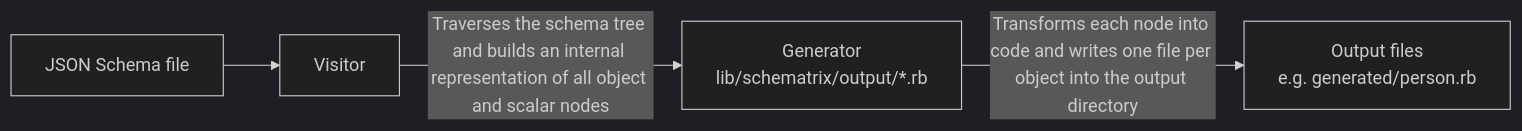
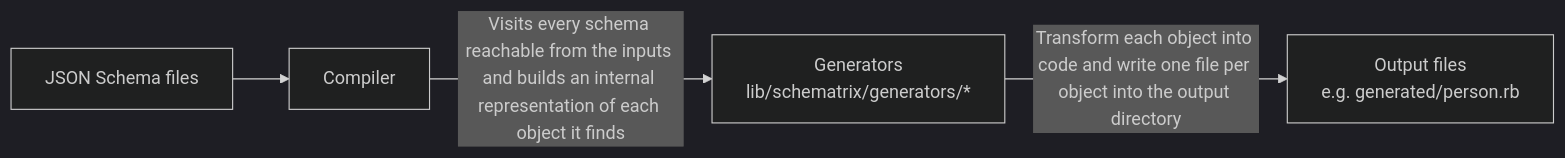
The diagram in README.md (cinzatech/schematrix), drawn with Mermaid (dark theme) before and after one commit. The commit also changed other lines of this file and 1 other file, not shown here.

````diff
--- a/README.md
+++ b/README.md
@@ -170,6 +170,6 @@
 ```mermaid
 flowchart LR
-    A[JSON Schema file] --> B["Visitor"]
-    B -- "Traverses the schema tree and builds an internal representation of all object and scalar nodes" --> C["Generator\nlib/schematrix/output/*.rb"]
-    C -- "Transforms each node into code and writes one file per object into the output directory" --> D["Output files\ne.g. generated/person.rb"]
+    A["JSON Schema files"] --> B["Compiler"]
+    B -- "Visits every schema reachable from the inputs and builds an internal representation of each object it finds" --> C["Generators\nlib/schematrix/generators/*"]
+    C -- "Transform each object into code and write one file per object into the output directory" --> D["Output files\ne.g. generated/person.rb"]
 ```
````
